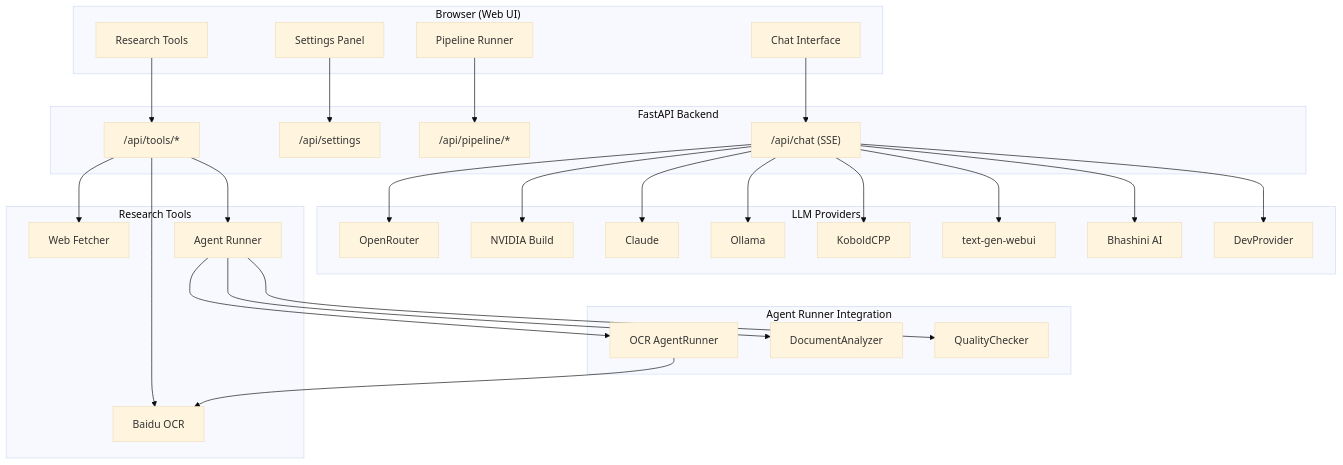
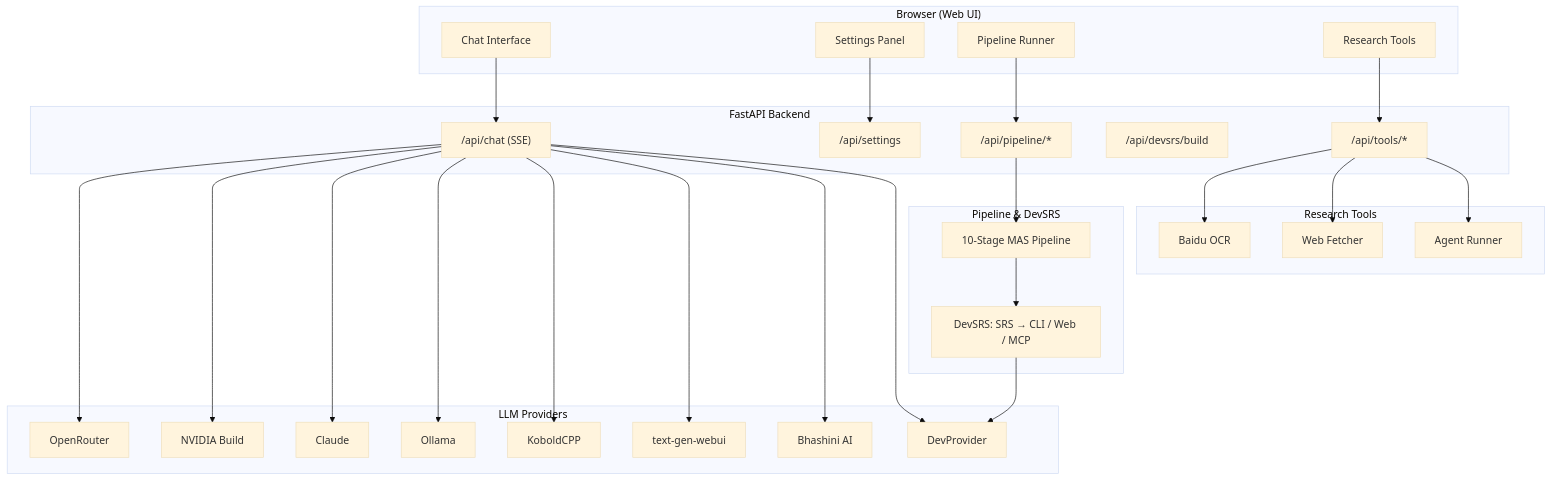
Before and after one commit to karun99/Collabuild: the diagram in README.md, drawn with Mermaid (base theme). The commit also changed other lines of this file, not shown here.

Commit message:
docs: rewrite README in AgentNova style (Overview, Key Features, Architecture, Technology Stack, Installation, Quick Start, Configuration, API Reference, Deployment, Security, Performance, Roadmap)

````diff
--- a/README.md
+++ b/README.md
@@ -17,48 +57,49 @@
 ```mermaid
 graph TB
     subgraph "Browser (Web UI)"
         UI[Chat Interface]
         SP[Settings Panel]
         PL[Pipeline Runner]
         TL[Research Tools]
     end
 
     subgraph "FastAPI Backend"
         API["/api/chat (SSE)"]
         ST["/api/settings"]
         PW["/api/pipeline/*"]
+        DSR["/api/devsrs/build"]
         TL_API["/api/tools/*"]
     end
 
     subgraph "LLM Providers"
         OR[OpenRouter]
         NV[NVIDIA Build]
         CL[Claude]
         OL[Ollama]
         KC[KoboldCPP]
         TG[text-gen-webui]
         BH[Bhashini AI]
         DV[DevProvider]
     end
 
     subgraph "Research Tools"
         OCR[Baidu OCR]
         WF[Web Fetcher]
         AR[Agent Runner]
     end
 
-    subgraph "Agent Runner Integration"
-        ARA[OCR AgentRunner]
-        DAD[DocumentAnalyzer]
-        QCK[QualityChecker]
+    subgraph "Pipeline & DevSRS"
+        PIPE[10-Stage MAS Pipeline]
+        DSRS[DevSRS: SRS → CLI / Web / MCP]
     end
 
     UI --> API
     SP --> ST
     PL --> PW
     TL --> TL_API
     API --> OR & NV & CL & OL & KC & TG & BH & DV
     TL_API --> OCR & WF & AR
-    AR --> ARA & DAD & QCK
-    ARA --> OCR
+    PW --> PIPE
+    PIPE --> DSRS
+    DSRS --> DV
 ```
````
